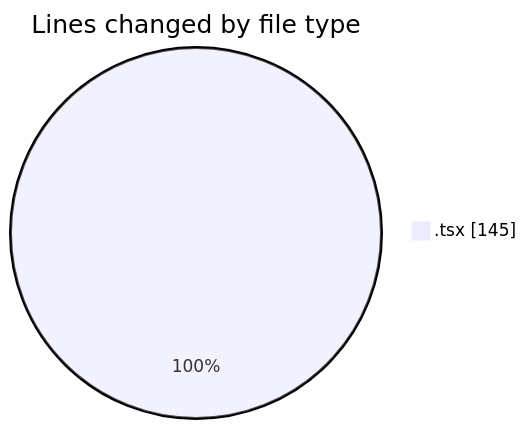
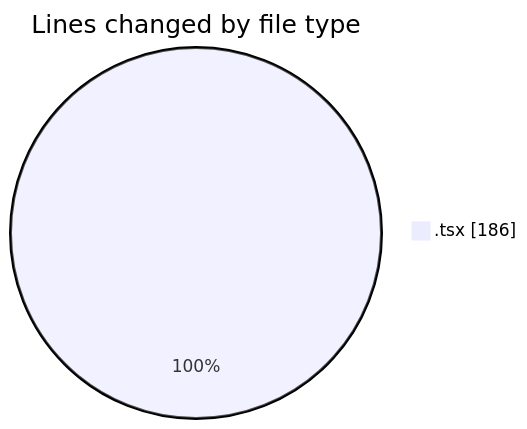
The first of 2 diagrams in 2026-01-22/nxtqube_webapp/README.md (nxtqubesakshisongat/code-tracking), drawn with Mermaid before and after one commit. The commit also changed other lines of this file and 1 other file, not shown here.

````diff
--- a/2026-01-22/nxtqube_webapp/README.md
+++ b/2026-01-22/nxtqube_webapp/README.md
@@ -21,5 +21,5 @@
 ```mermaid
 pie showData
 title Lines changed by file type
-".tsx" : 145
+".tsx" : 186
 ```
````
